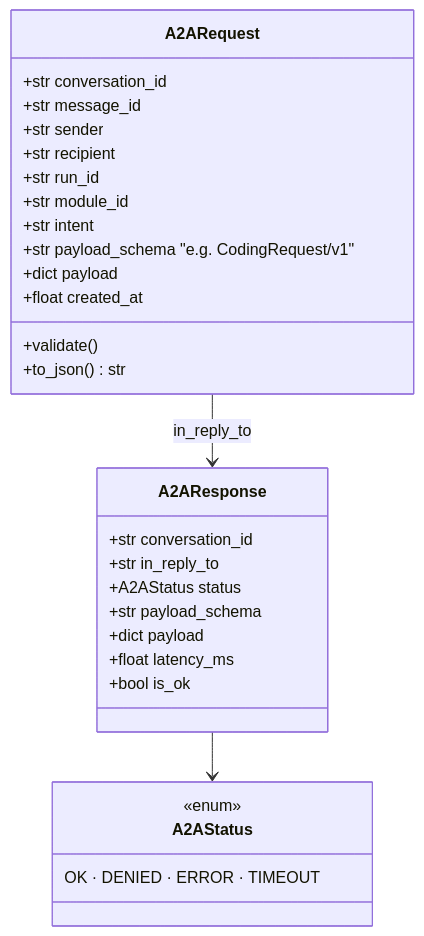
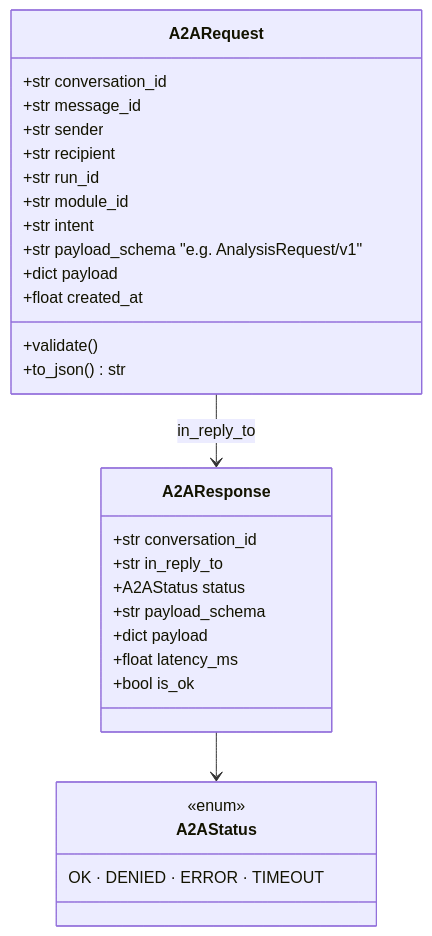
The third of 9 diagrams in docs/architecture.md (rlpatrao/agent-gov-sec), drawn with Mermaid before and after one commit. The commit also changed other lines of this file and 144 other files, not shown here.

````diff
--- a/docs/architecture.md
+++ b/docs/architecture.md
@@ -179,32 +185,32 @@
 ```mermaid
 classDiagram
   class A2ARequest {
     +str conversation_id
     +str message_id
     +str sender
     +str recipient
     +str run_id
     +str module_id
     +str intent
-    +str payload_schema  "e.g. CodingRequest/v1"
+    +str payload_schema  "e.g. AnalysisRequest/v1"
     +dict payload
     +float created_at
     +validate()
     +to_json() str
   }
   class A2AResponse {
     +str conversation_id
     +str in_reply_to
     +A2AStatus status
     +str payload_schema
     +dict payload
     +float latency_ms
     +bool is_ok
   }
   class A2AStatus {
     <<enum>>
     OK · DENIED · ERROR · TIMEOUT
   }
   A2ARequest --> A2AResponse : in_reply_to
   A2AResponse --> A2AStatus
 ```
````
